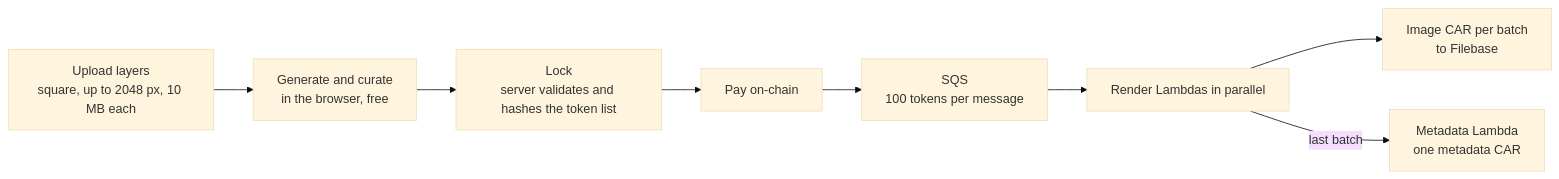
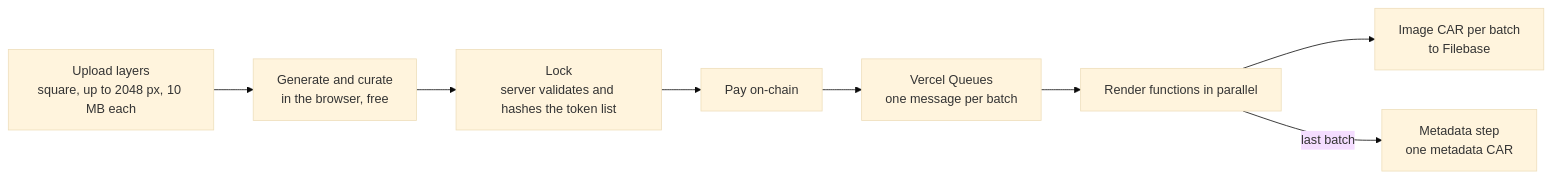
The third of 4 diagrams in README.md (KobeSergio/cobweb), drawn with Mermaid (base theme) before and after one commit. The commit also changed other lines of this file and 3 other files, not shown here.

````diff
--- a/README.md
+++ b/README.md
@@ -117,10 +119,10 @@
 ```mermaid
 flowchart LR
   U[Upload layers<br/>square, up to 2048 px, 10 MB each] --> P[Generate and curate<br/>in the browser, free]
   P --> L[Lock<br/>server validates and hashes the token list]
   L --> Pay[Pay on-chain]
-  Pay --> Q[SQS<br/>100 tokens per message]
-  Q --> R[Render Lambdas in parallel]
+  Pay --> Q[Vercel Queues<br/>one message per batch]
+  Q --> R[Render functions in parallel]
   R --> I[Image CAR per batch<br/>to Filebase]
-  R -->|last batch| M[Metadata Lambda<br/>one metadata CAR]
+  R -->|last batch| M[Metadata step<br/>one metadata CAR]
 ```
````
